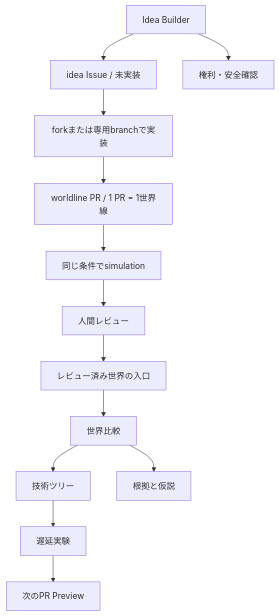
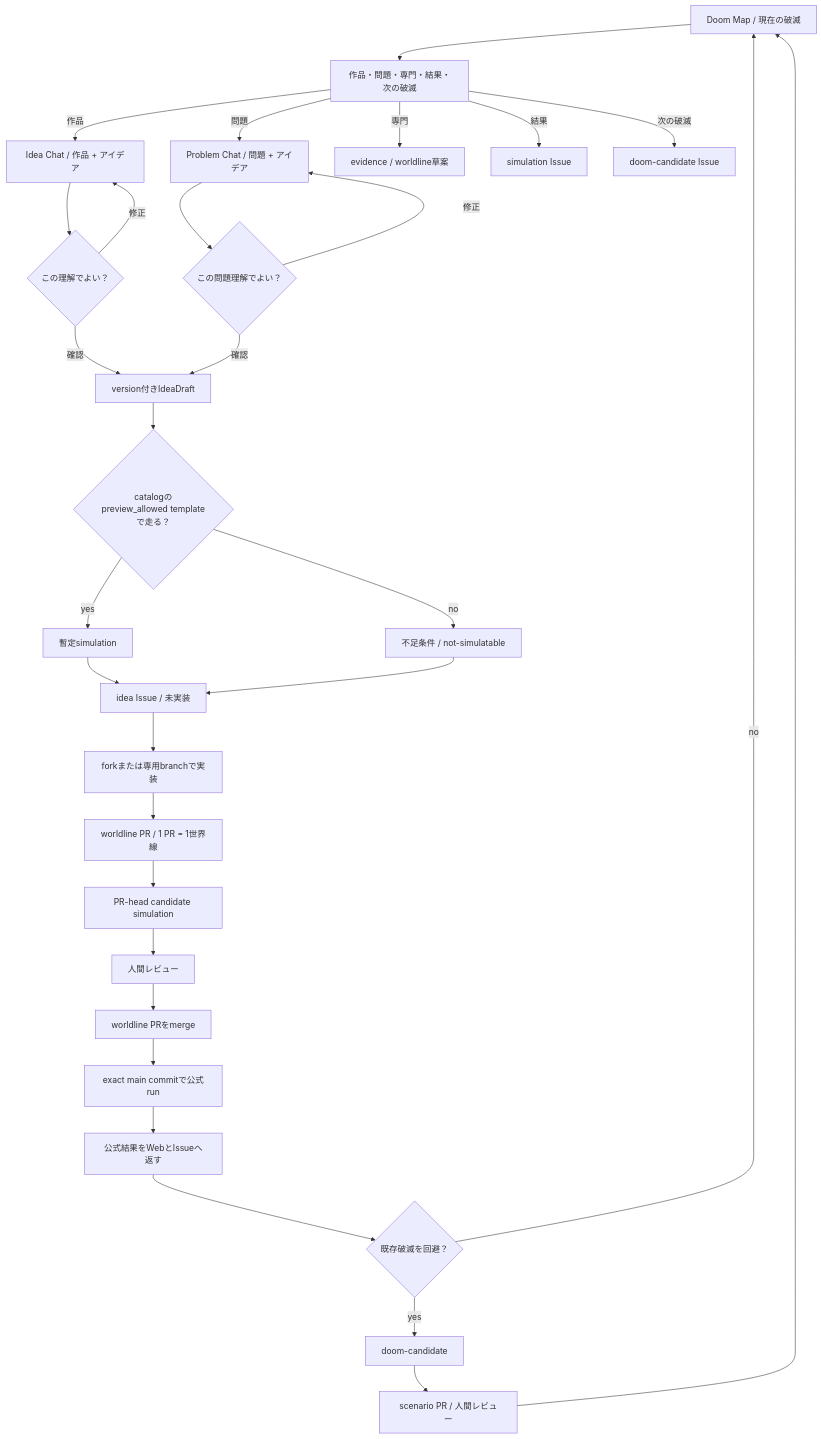
The diagram in docs/ux-flow.md (nexus-ai-2045/fiction-forks), drawn with Mermaid before and after one commit. The commit also changed other lines of this file and 12 other files, not shown here.

````diff
--- a/docs/ux-flow.md
+++ b/docs/ux-flow.md
@@ -9,15 +9,32 @@
 ```mermaid
 flowchart TD
-    idea["Idea Builder"] --> issue["idea Issue / 未実装"]
+    doom["Doom Map / 現在の破滅"] --> entry["作品・問題・専門・結果・次の破滅"]
+    entry -->|作品| chat["Idea Chat / 作品 + アイデア"]
+    entry -->|問題| problemChat["Problem Chat / 問題 + アイデア"]
+    entry -->|専門| evidence["evidence / worldline草案"]
+    entry -->|結果| simulationIssue["simulation Issue"]
+    entry -->|次の破滅| doomIssue["doom-candidate Issue"]
+    chat --> understanding{"この理解でよい？"}
+    understanding -->|修正| chat
+    understanding -->|確認| draft["version付きIdeaDraft"]
+    problemChat --> problemUnderstanding{"この問題理解でよい？"}
+    problemUnderstanding -->|修正| problemChat
+    problemUnderstanding -->|確認| draft
+    draft --> preview{"catalogのpreview_allowed templateで走る？"}
+    preview -->|yes| provisional["暫定simulation"]
+    preview -->|no| missing["不足条件 / not-simulatable"]
+    provisional --> issue["idea Issue / 未実装"]
+    missing --> issue
     issue --> build["forkまたは専用branchで実装"]
     build --> worldline["worldline PR / 1 PR = 1世界線"]
-    worldline --> checks["同じ条件でsimulation"]
+    worldline --> checks["PR-head candidate simulation"]
     checks --> review["人間レビュー"]
-    review --> landing["レビュー済み世界の入口"]
-    landing --> compare["世界比較"]
-    compare --> tree["技術ツリー"]
-    tree --> delay["遅延実験"]
-    delay --> preview["次のPR Preview"]
-    compare --> evidence["根拠と仮説"]
-    idea --> rights["権利・安全確認"]
+    review --> merged["worldline PRをmerge"]
+    merged --> mainRun["exact main commitで公式run"]
+    mainRun --> result["公式結果をWebとIssueへ返す"]
+    result --> avoided{"既存破滅を回避？"}
+    avoided -->|no| doom
+    avoided -->|yes| candidate["doom-candidate"]
+    candidate --> scenario["scenario PR / 人間レビュー"]
+    scenario --> doom
 ```
````
